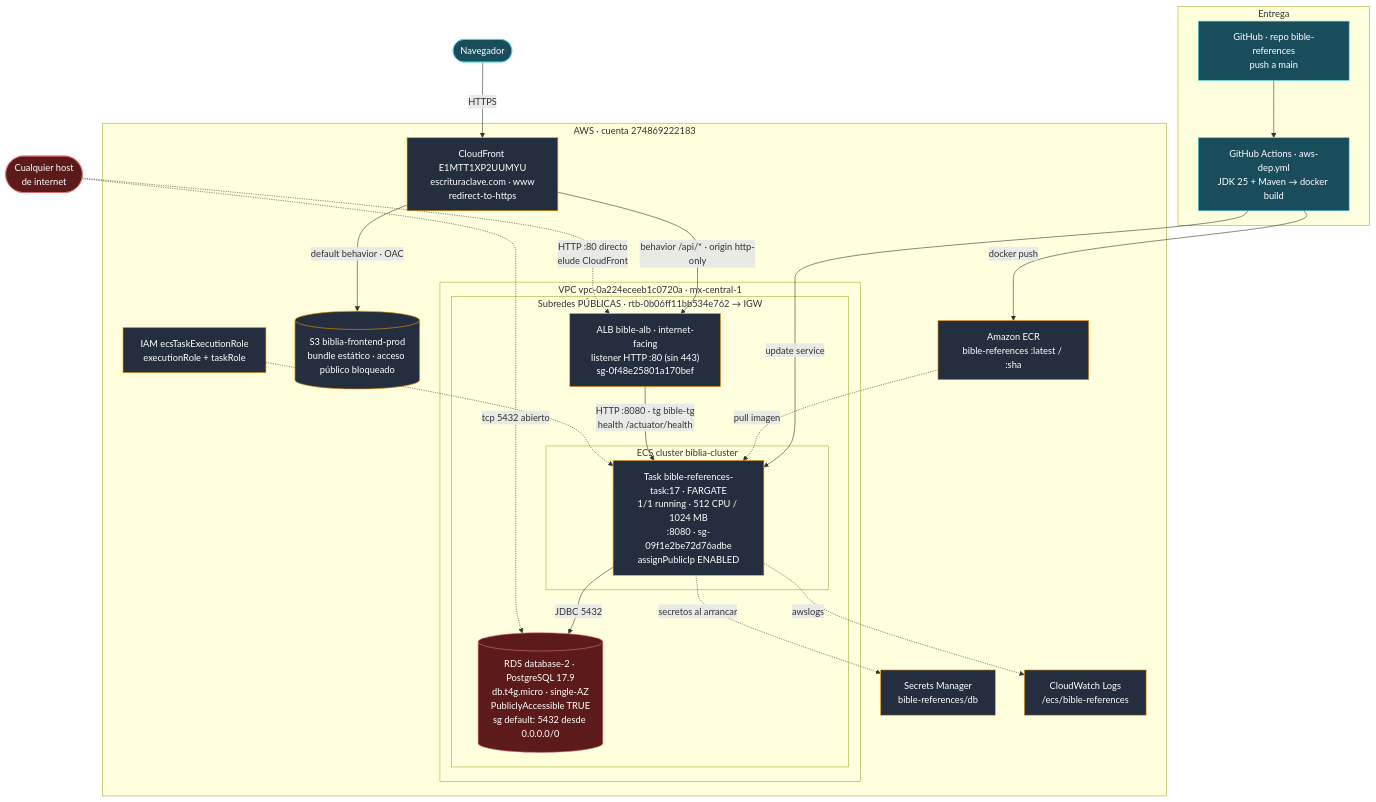
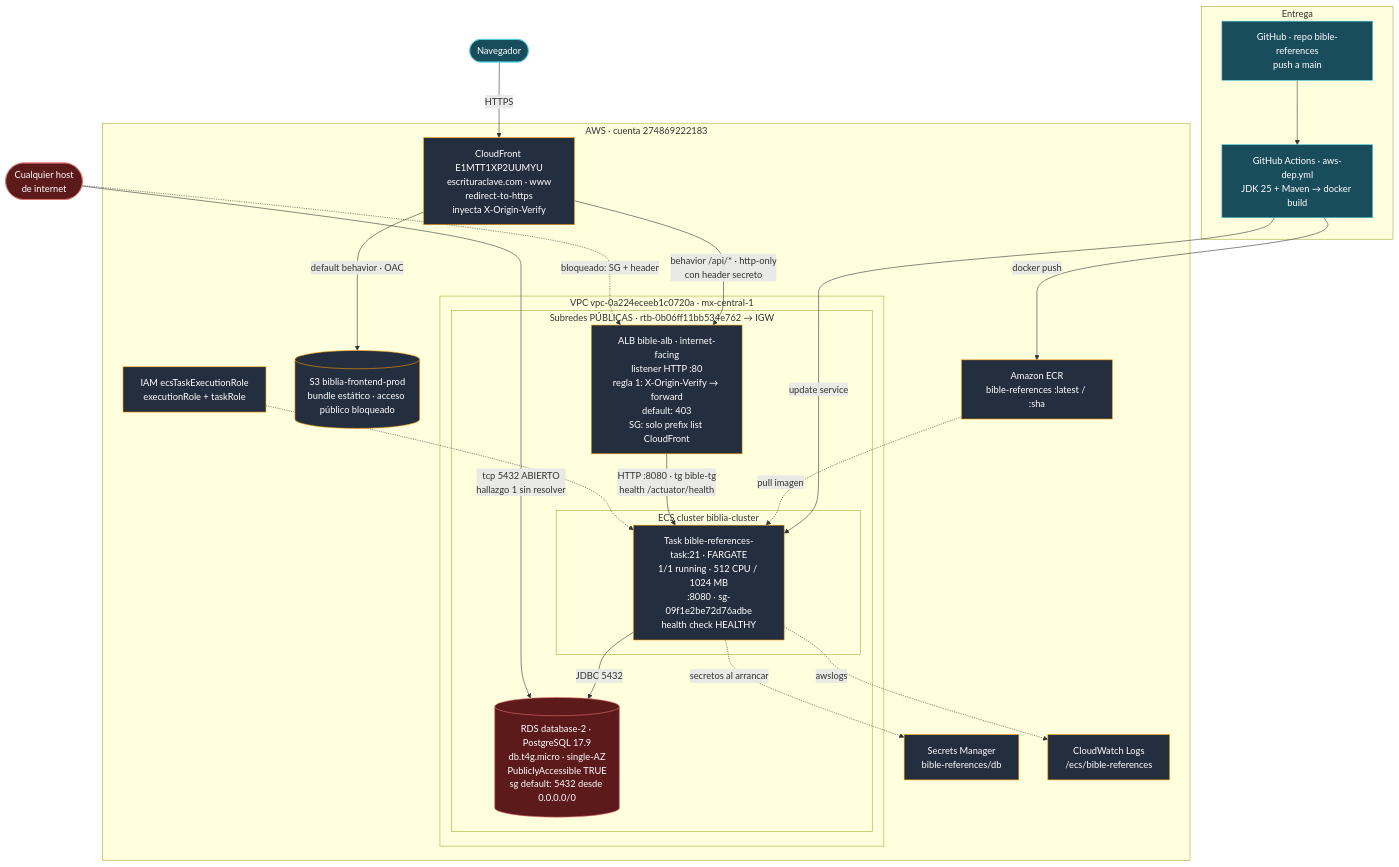
Before and after one commit to gdav4610/bible-references: the first of 2 diagrams in docs/aws-architecture.md, drawn with Mermaid. The commit also changed other lines of this file and 18 other files, not shown here.

````diff
--- a/docs/aws-architecture.md
+++ b/docs/aws-architecture.md
@@ -12,59 +32,59 @@
 ```mermaid
 flowchart TB
     subgraph dev["Entrega"]
         GH["GitHub · repo bible-references<br/>push a main"]
         GHA["GitHub Actions · aws-dep.yml<br/>JDK 25 + Maven → docker build"]
         GH --> GHA
     end
 
     USER(["Navegador"])
 
     subgraph aws["AWS · cuenta 274869222183"]
-        CF["CloudFront E1MTT1XP2UUMYU<br/>escrituraclave.com · www<br/>redirect-to-https"]
+        CF["CloudFront E1MTT1XP2UUMYU<br/>escrituraclave.com · www<br/>redirect-to-https<br/>inyecta X-Origin-Verify"]
         S3[("S3 biblia-frontend-prod<br/>bundle estático · acceso público bloqueado")]
 
         ECR["Amazon ECR<br/>bible-references :latest / :sha"]
 
         subgraph vpc["VPC vpc-0a224eceeb1c0720a · mx-central-1"]
             subgraph pub["Subredes PÚBLICAS · rtb-0b06ff11bb534e762 → IGW"]
-                ALB["ALB bible-alb · internet-facing<br/>listener HTTP :80 (sin 443)<br/>sg-0f48e25801a170bef"]
+                ALB["ALB bible-alb · internet-facing<br/>listener HTTP :80<br/>regla 1: X-Origin-Verify → forward<br/>default: 403<br/>SG: solo prefix list CloudFront"]
 
                 subgraph ecs["ECS cluster biblia-cluster"]
-                    TASK["Task bible-references-task:17 · FARGATE<br/>1/1 running · 512 CPU / 1024 MB<br/>:8080 · sg-09f1e2be72d76adbe<br/>assignPublicIp ENABLED"]
+                    TASK["Task bible-references-task:21 · FARGATE<br/>1/1 running · 512 CPU / 1024 MB<br/>:8080 · sg-09f1e2be72d76adbe<br/>health check HEALTHY"]
                 end
 
                 RDS[("RDS database-2 · PostgreSQL 17.9<br/>db.t4g.micro · single-AZ<br/>PubliclyAccessible TRUE<br/>sg default: 5432 desde 0.0.0.0/0")]
             end
         end
 
         SM["Secrets Manager<br/>bible-references/db"]
         CW["CloudWatch Logs<br/>/ecs/bible-references"]
         IAM["IAM ecsTaskExecutionRole<br/>executionRole + taskRole"]
     end
 
     INTERNET(["Cualquier host<br/>de internet"])
 
     GHA -->|"docker push"| ECR
     GHA -->|"update service"| TASK
     ECR -.->|"pull imagen"| TASK
 
     USER -->|"HTTPS"| CF
     CF -->|"default behavior · OAC"| S3
-    CF -->|"behavior /api/* · origin http-only"| ALB
+    CF -->|"behavior /api/* · http-only<br/>con header secreto"| ALB
     ALB -->|"HTTP :8080 · tg bible-tg<br/>health /actuator/health"| TASK
     TASK -->|"JDBC 5432"| RDS
 
-    INTERNET -.->|"HTTP :80 directo<br/>elude CloudFront"| ALB
-    INTERNET -.->|"tcp 5432 abierto"| RDS
+    INTERNET -->|"tcp 5432 ABIERTO<br/>hallazgo 1 sin resolver"| RDS
+    INTERNET -.->|"bloqueado: SG + header"| ALB
 
     TASK -.->|"secretos al arrancar"| SM
     TASK -.->|"awslogs"| CW
     IAM -.-> TASK
 
     classDef awsSvc fill:#232f3e,stroke:#ff9900,color:#fff
     classDef ext fill:#1a4d5c,stroke:#4dd0e1,color:#fff
     classDef risk fill:#5c1a1a,stroke:#e57373,color:#fff
-    class ECR,ALB,TASK,SM,CW,IAM,CF,S3 awsSvc
+    class ECR,TASK,SM,CW,IAM,CF,S3,ALB awsSvc
     class GH,GHA,USER ext
     class RDS,INTERNET risk
 ```
````
